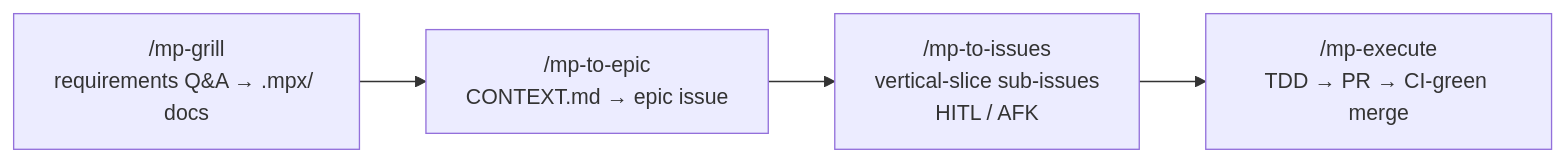
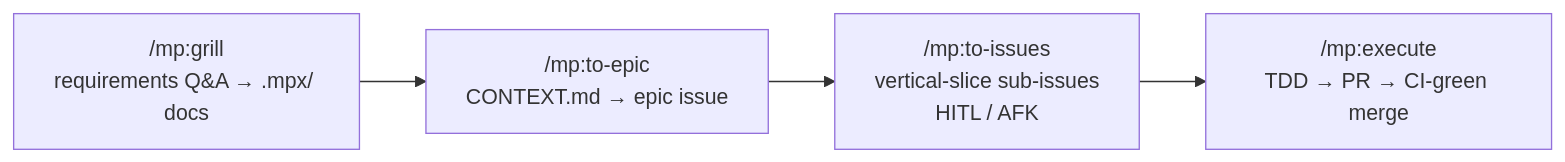
The first of 2 diagrams in README.md (MartinoPolo/mpx-claude-code), drawn with Mermaid before and after one commit. The commit also changed other lines of this file and 145 other files, not shown here.

````diff
--- a/README.md
+++ b/README.md
@@ -7,8 +40,8 @@
 ```mermaid
 flowchart LR
-    grill["/mp-grill<br/>requirements Q&A → .mpx/ docs"]
-    epic["/mp-to-epic<br/>CONTEXT.md → epic issue"]
-    issues["/mp-to-issues<br/>vertical-slice sub-issues<br/>HITL / AFK"]
-    execute["/mp-execute<br/>TDD → PR → CI-green merge"]
+    grill["/mp:grill<br/>requirements Q&A → .mpx/ docs"]
+    epic["/mp:to-epic<br/>CONTEXT.md → epic issue"]
+    issues["/mp:to-issues<br/>vertical-slice sub-issues<br/>HITL / AFK"]
+    execute["/mp:execute<br/>TDD → PR → CI-green merge"]
     grill --> epic --> issues --> execute
 ```
````
